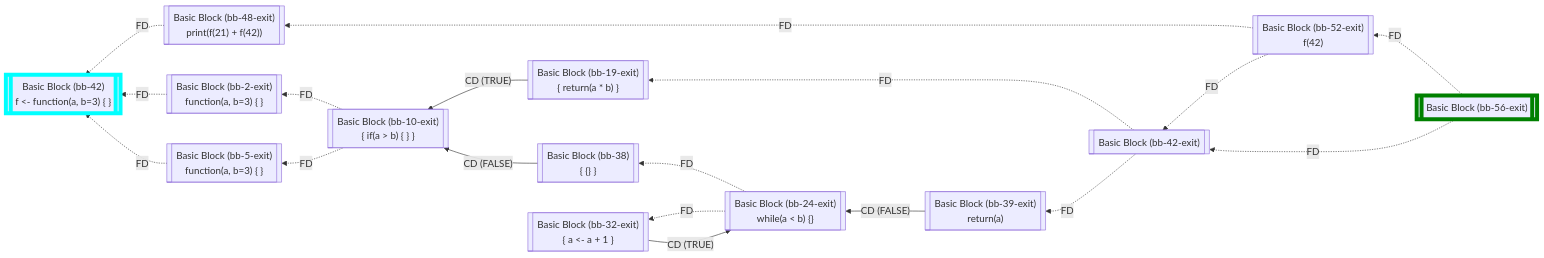
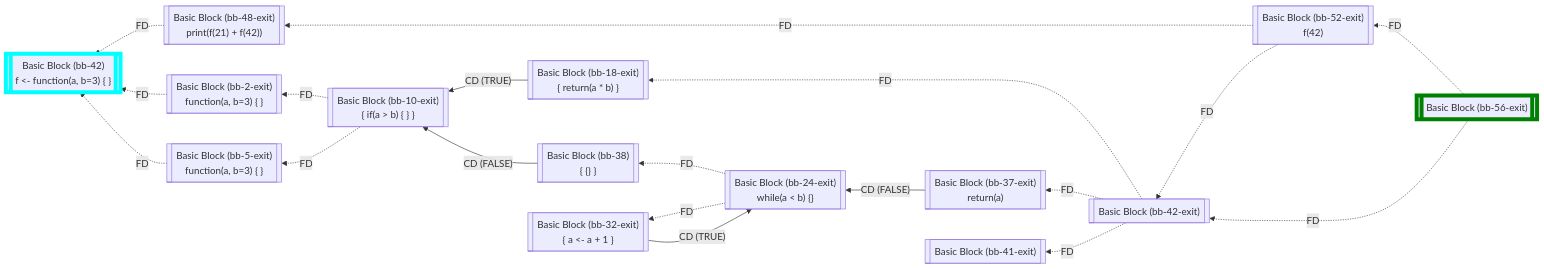
Diagram 20 of 23 in wiki/Control Flow Graph.md (flowr-analysis/flowr), drawn with Mermaid before and after one commit. The commit also changed other lines of this file and 2 other files, not shown here.

Commit message:
[skip ci] doc: update generated wiki pages (wiki/Interface.md,wiki/Control Flow Graph.md,bug-report.yaml)

````diff
--- a/wiki/Control Flow Graph.md
+++ b/wiki/Control Flow Graph.md
@@ -1347,47 +1347,50 @@
 ```mermaid
 flowchart RL
     nbb-42-exit[["`Basic Block (bb-42-exit)
 `"]]
     nbb-42[["`Basic Block (bb-42)
 f #60;#45; function(a, b=3) #123; #125;`"]]
     nbb-10-exit[["`Basic Block (bb-10-exit)
 #123; if(a #62; b) #123; #125; #125;`"]]
-    nbb-19-exit[["`Basic Block (bb-19-exit)
+    nbb-18-exit[["`Basic Block (bb-18-exit)
 #123; return(a #42; b) #125;`"]]
     nbb-38[["`Basic Block (bb-38)
 #123; #123;#125; #125;`"]]
     nbb-24-exit[["`Basic Block (bb-24-exit)
 while(a #60; b) #123;#125;`"]]
     nbb-32-exit[["`Basic Block (bb-32-exit)
 #123; a #60;#45; a #43; 1 #125;`"]]
-    nbb-39-exit[["`Basic Block (bb-39-exit)
+    nbb-37-exit[["`Basic Block (bb-37-exit)
 return(a)`"]]
+    nbb-41-exit[["`Basic Block (bb-41-exit)
+`"]]
     nbb-2-exit[["`Basic Block (bb-2-exit)
 function(a, b=3) #123; #125;`"]]
     nbb-5-exit[["`Basic Block (bb-5-exit)
 function(a, b=3) #123; #125;`"]]
     nbb-48-exit[["`Basic Block (bb-48-exit)
 print(f(21) #43; f(42))`"]]
     nbb-52-exit[["`Basic Block (bb-52-exit)
 f(42)`"]]
     nbb-56-exit[["`Basic Block (bb-56-exit)
 `"]]
-    nbb-42-exit -.->|"FD"| nbb-19-exit
-    nbb-42-exit -.->|"FD"| nbb-39-exit
+    nbb-42-exit -.->|"FD"| nbb-18-exit
+    nbb-42-exit -.->|"FD"| nbb-37-exit
+    nbb-42-exit -.->|"FD"| nbb-41-exit
     nbb-10-exit -.->|"FD"| nbb-2-exit
     nbb-10-exit -.->|"FD"| nbb-5-exit
-    nbb-19-exit -->|"CD (TRUE)"| nbb-10-exit
+    nbb-18-exit -->|"CD (TRUE)"| nbb-10-exit
     nbb-38 -->|"CD (FALSE)"| nbb-10-exit
     nbb-24-exit -.->|"FD"| nbb-38
     nbb-24-exit -.->|"FD"| nbb-32-exit
     nbb-32-exit -->|"CD (TRUE)"| nbb-24-exit
-    nbb-39-exit -->|"CD (FALSE)"| nbb-24-exit
+    nbb-37-exit -->|"CD (FALSE)"| nbb-24-exit
     nbb-2-exit -.->|"FD"| nbb-42
     nbb-5-exit -.->|"FD"| nbb-42
     nbb-48-exit -.->|"FD"| nbb-42
     nbb-52-exit -.->|"FD"| nbb-48-exit
     nbb-52-exit -.->|"FD"| nbb-42-exit
     nbb-56-exit -.->|"FD"| nbb-52-exit
     nbb-56-exit -.->|"FD"| nbb-42-exit
     style nbb-42 stroke:cyan,stroke-width:6.5px;    style nbb-56-exit stroke:green,stroke-width:6.5px;
 ```
````
